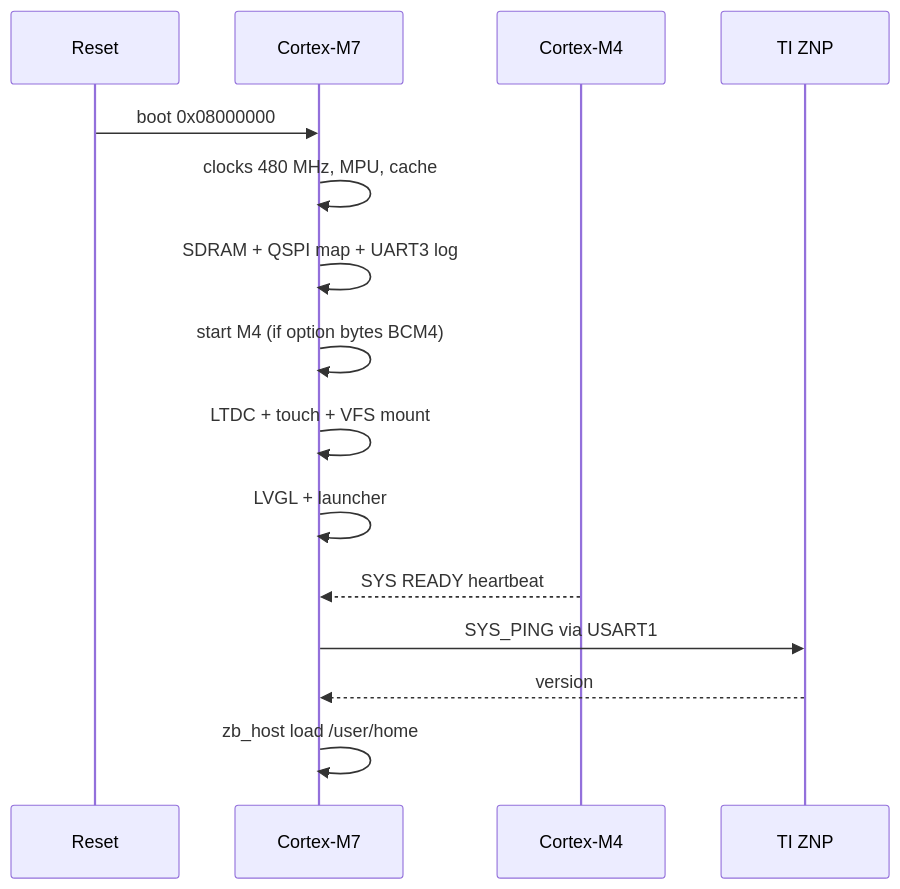
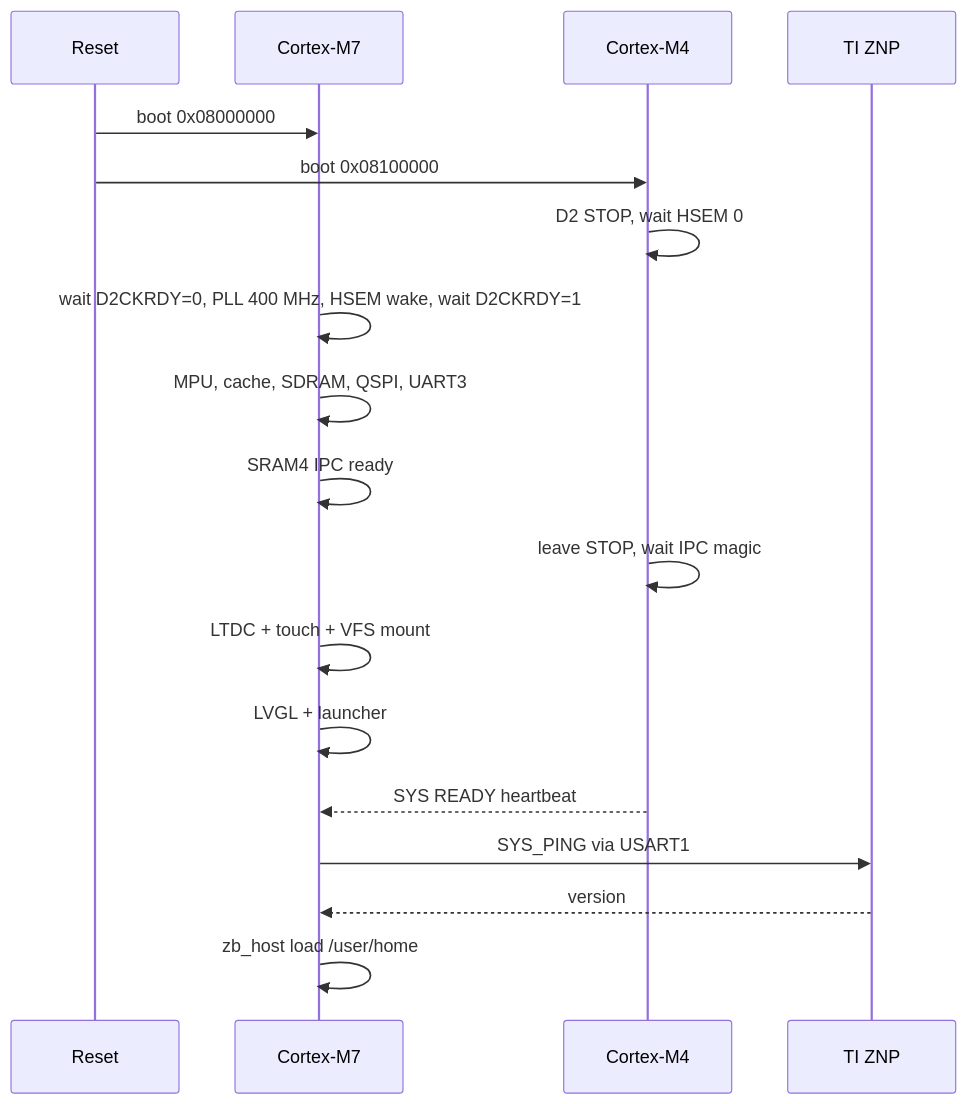
Before and after one commit to vanbuong/stm32h745-disco: the fourth of 9 diagrams in doc/Architecture.md, drawn with Mermaid. The commit also changed 2 other files, not shown here.

Commit message:
Match CubeMX dual-core HSEM boot sync on H745
CM4 now enters D2 STOP before HAL_Init. CM7 waits for D2CKRDY=0,
programs PLL, HSEM-wakes CM4, then waits for D2CKRDY=1.

````diff
--- a/doc/Architecture.md
+++ b/doc/Architecture.md
@@ -535,17 +535,20 @@
 ```mermaid
 sequenceDiagram
   participant RST as Reset
   participant M7 as Cortex-M7
   participant M4 as Cortex-M4
   participant ZNP as TI ZNP
   RST->>M7: boot 0x08000000
-  M7->>M7: clocks 480 MHz, MPU, cache
-  M7->>M7: SDRAM + QSPI map + UART3 log
-  M7->>M7: start M4 (if option bytes BCM4)
+  RST->>M4: boot 0x08100000
+  M4->>M4: D2 STOP, wait HSEM 0
+  M7->>M7: wait D2CKRDY=0, PLL 400 MHz, HSEM wake, wait D2CKRDY=1
+  M7->>M7: MPU, cache, SDRAM, QSPI, UART3
+  M7->>M7: SRAM4 IPC ready
+  M4->>M4: leave STOP, wait IPC magic
   M7->>M7: LTDC + touch + VFS mount
   M7->>M7: LVGL + launcher
   M4-->>M7: SYS READY heartbeat
   M7->>ZNP: SYS_PING via USART1
   ZNP-->>M7: version
   M7->>M7: zb_host load /user/home
 ```
````
